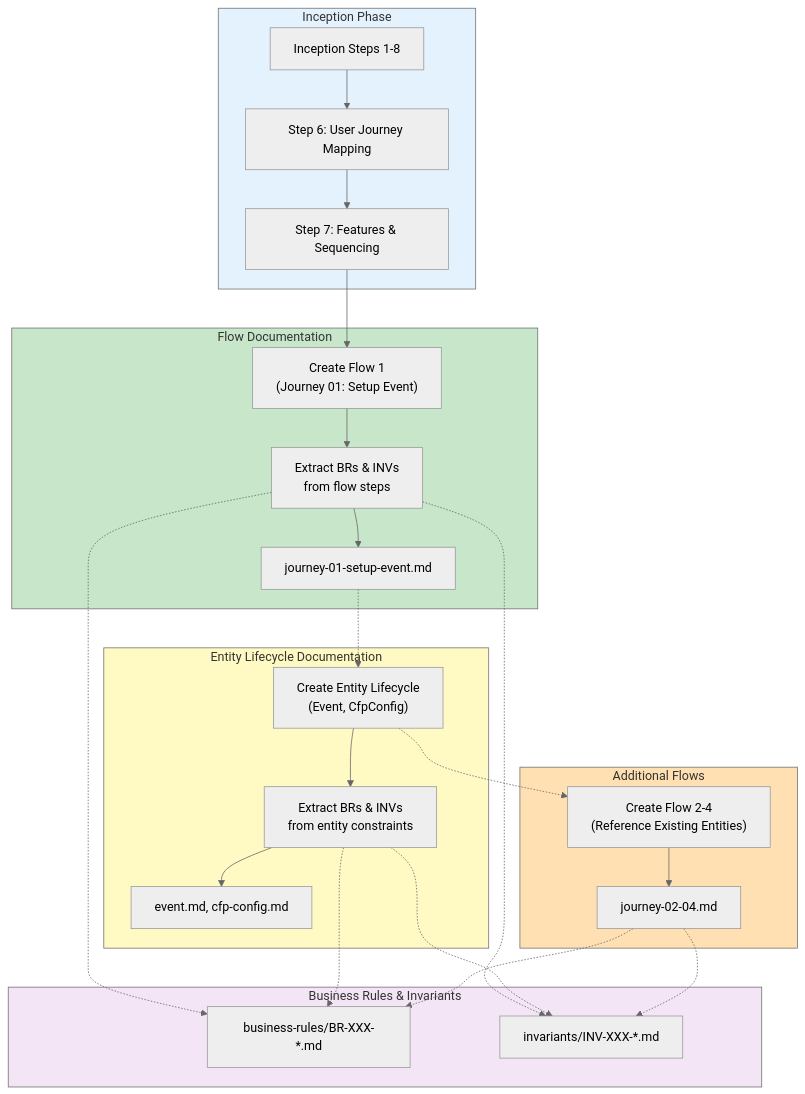
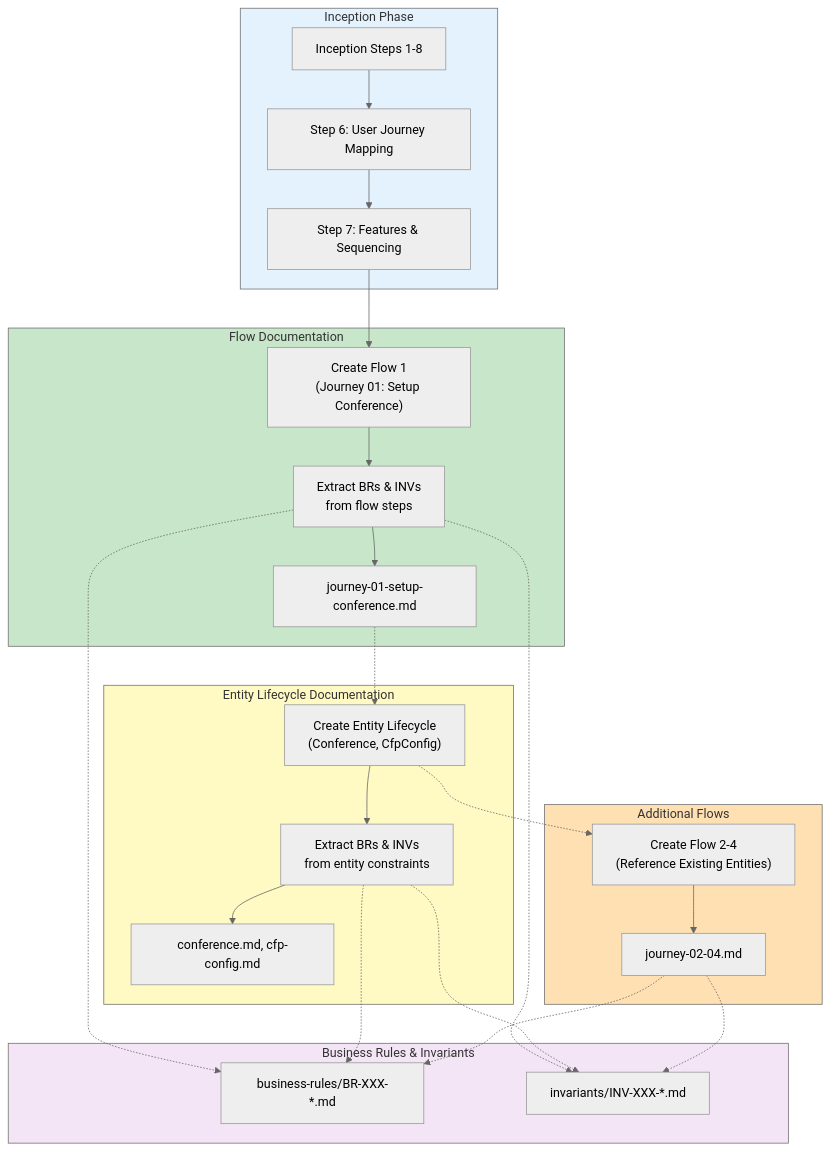
The diagram in README.md (faparicior/SessioFlow), drawn with Mermaid (neutral theme) before and after one commit. The commit also changed other lines of this file and 24 other files, not shown here.

Commit message:
refactor: standardize ubiquitous language by replacing event terminology with conference throughout documentation

````diff
--- a/README.md
+++ b/README.md
@@ -90,44 +90,44 @@
 ```mermaid
 flowchart TB
     subgraph Inception["Inception Phase"]
         A["Inception Steps 1-8"] --> B["Step 6: User Journey Mapping"]
         B --> C["Step 7: Features & Sequencing"]
     end
 
     subgraph FlowDocs["Flow Documentation"]
-        D["Create Flow 1<br/>(Journey 01: Setup Event)"] --> E["Extract BRs & INVs<br/>from flow steps"]
-        E --> F["journey-01-setup-event.md"]
+        D["Create Flow 1<br/>(Journey 01: Setup Conference)"] --> E["Extract BRs & INVs<br/>from flow steps"]
+        E --> F["journey-01-setup-conference.md"]
     end
 
     subgraph EntityDocs["Entity Lifecycle Documentation"]
-        G["Create Entity Lifecycle<br/>(Event, CfpConfig)"] --> H["Extract BRs & INVs<br/>from entity constraints"]
-        H --> I["event.md, cfp-config.md"]
+        G["Create Entity Lifecycle<br/>(Conference, CfpConfig)"] --> H["Extract BRs & INVs<br/>from entity constraints"]
+        H --> I["conference.md, cfp-config.md"]
     end
 
     subgraph BRINV["Business Rules & Invariants"]
         J["business-rules/BR-XXX-*.md"]
         K["invariants/INV-XXX-*.md"]
     end
 
     subgraph AdditionalFlows["Additional Flows"]
         L["Create Flow 2-4<br/>(Reference Existing Entities)"] --> M["journey-02-04.md"]
     end
 
     %% Connections
     C --> D
     F -.-> G
     G -.-> L
     E -.-> J
     E -.-> K
     H -.-> J
     H -.-> K
     M -.-> J
     M -.-> K
 
     %% Styling
     style Inception fill:#e3f2fd
     style FlowDocs fill:#c8e6c9
     style EntityDocs fill:#fff9c4
     style BRINV fill:#f3e5f5
     style AdditionalFlows fill:#ffe0b2
 ```
````
